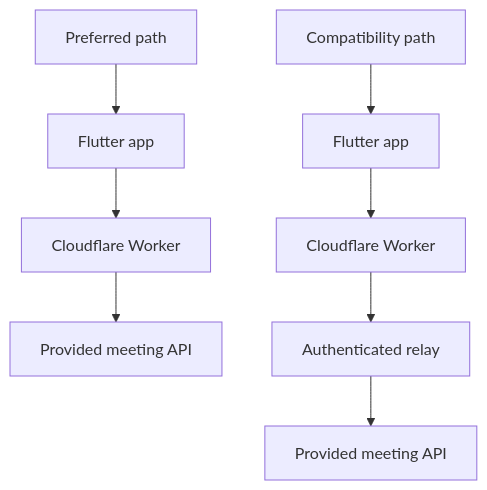
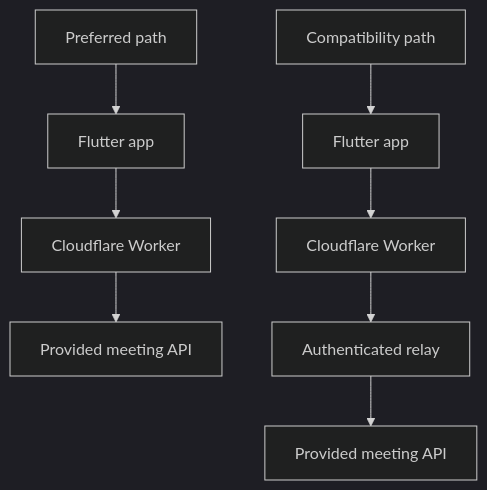
One commit to maharudraabhishek/chime_meeting_demo changed the tenth of 10 diagrams in README.md. Above: the diagram before and after it, drawn with Mermaid. The commit also changed other lines of this file and 6 other files, not shown here.

````diff
--- a/README.md
+++ b/README.md
@@ -592,10 +691,11 @@
 ```mermaid
-flowchart TD
-    A[Preferred path] --> B[Flutter app]
-    B --> C[Cloudflare Worker]
-    C --> D[Provided meeting API]
-    E[Compatibility path] --> F[Flutter app]
-    F --> G[Cloudflare Worker]
-    G --> H[Authenticated relay]
-    H --> I[Provided meeting API]
+%%{init: {"theme":"dark","darkMode":true}}%%
+graph TD;
+    A[Preferred path] --> B[Flutter app];
+    B --> C[Cloudflare Worker];
+    C --> D[Provided meeting API];
+    E[Compatibility path] --> F[Flutter app];
+    F --> G[Cloudflare Worker];
+    G --> H[Authenticated relay];
+    H --> I[Provided meeting API];
 ```
````
